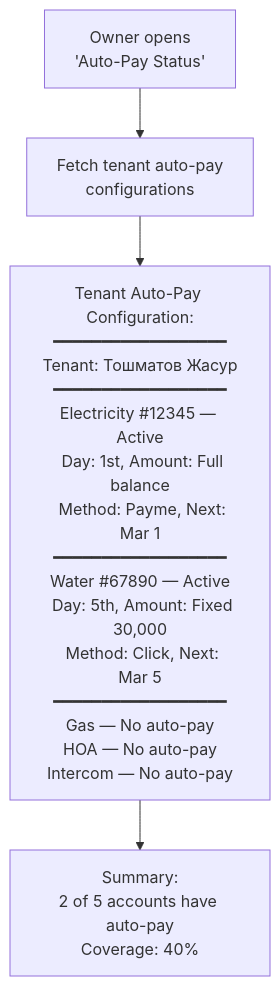
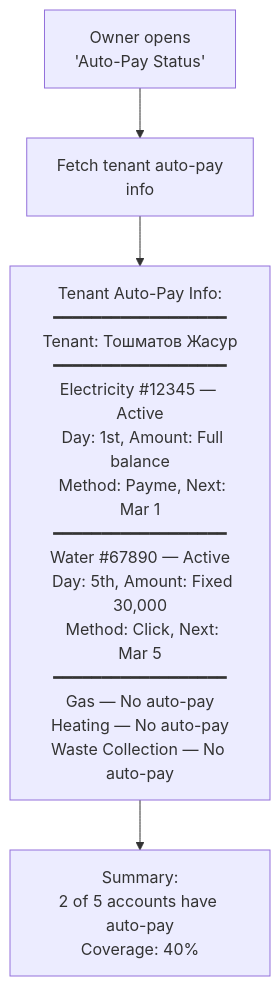
Before and after one commit to saodatm-dev/Utilities---Informational-Architecture: the ninth of 10 diagrams in Utilities - Business Owner.md, drawn with Mermaid. The commit also changed other lines of this file and 2 other files, not shown here.

Commit message:
refactor: streamline owner bill payment to single selection and clarify meter reading submission flow.

````diff
--- a/Utilities - Business Owner.md
+++ b/Utilities - Business Owner.md
@@ -275,8 +258,8 @@
 ```mermaid
 flowchart TD
-    AUTOPAY["Owner opens<br/>'Auto-Pay Status'"] --> LOAD["Fetch tenant auto-pay<br/>configurations"]
+    AUTOPAY["Owner opens<br/>'Auto-Pay Status'"] --> LOAD["Fetch tenant auto-pay<br/>info"]
 
-    LOAD --> VIEW["Tenant Auto-Pay Configuration:<br/>━━━━━━━━━━━━━━━━━━<br/>Tenant: Тошматов Жасур<br/>━━━━━━━━━━━━━━━━━━<br/>Electricity #12345 — Active<br/>  Day: 1st, Amount: Full balance<br/>  Method: Payme, Next: Mar 1<br/>━━━━━━━━━━━━━━━━━━<br/>Water #67890 — Active<br/>  Day: 5th, Amount: Fixed 30,000<br/>  Method: Click, Next: Mar 5<br/>━━━━━━━━━━━━━━━━━━<br/>Gas — No auto-pay<br/>HOA — No auto-pay<br/>Intercom — No auto-pay"]
+    LOAD --> VIEW["Tenant Auto-Pay Info:<br/>━━━━━━━━━━━━━━━━━━<br/>Tenant: Тошматов Жасур<br/>━━━━━━━━━━━━━━━━━━<br/>Electricity #12345 — Active<br/>  Day: 1st, Amount: Full balance<br/>  Method: Payme, Next: Mar 1<br/>━━━━━━━━━━━━━━━━━━<br/>Water #67890 — Active<br/>  Day: 5th, Amount: Fixed 30,000<br/>  Method: Click, Next: Mar 5<br/>━━━━━━━━━━━━━━━━━━<br/>Gas — No auto-pay<br/>Heating — No auto-pay<br/>Waste Collection — No auto-pay"]
 
     VIEW --> SUMMARY["Summary:<br/>2 of 5 accounts have auto-pay<br/>Coverage: 40%"]
 ```
````
